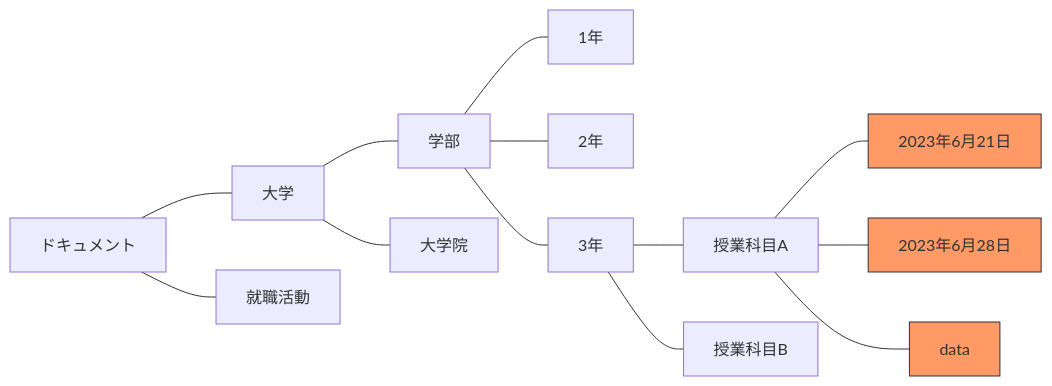
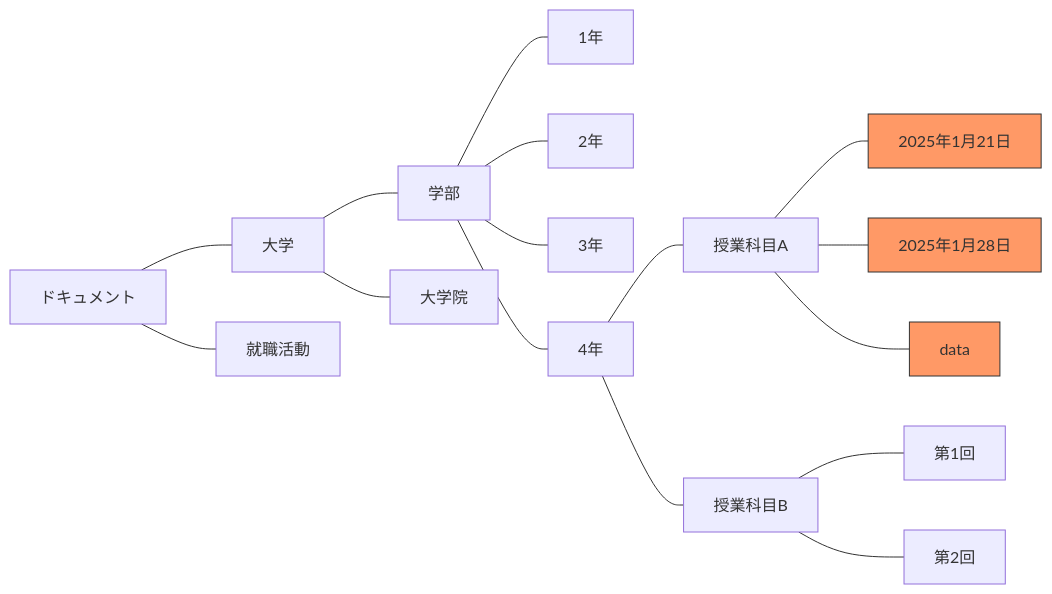
Before and after one commit to takeshinishimura/howtouseR: the fifth of 10 diagrams in Quarto/file_manipulation.qmd, drawn with Mermaid. The commit also changed other lines of this file and 24 other files, not shown here.

````diff
--- a/Quarto/file_manipulation.qmd
+++ b/Quarto/file_manipulation.qmd
@@ -129,18 +129,21 @@
 ```{mermaid}
 flowchart LR
   ドキュメント --- 大学
   ドキュメント --- 就職活動
   大学 --- 学部
   大学 --- 大学院
   学部 --- 1年
   学部 --- 2年
   学部 --- 3年
-  3年 --- 授業科目A
-  3年 --- 授業科目B
-  授業科目A --- lastweek[2023年6月21日]
-  授業科目A --- today[2023年6月28日]
+  学部 --- 4年
+  4年 --- 授業科目A
+  4年 --- 授業科目B
+  授業科目A --- lastweek[2025年1月21日]
+  授業科目A --- today[2025年1月28日]
   授業科目A --- data
+  授業科目B --- lastweek2[第1回]
+  授業科目B --- today2[第2回]
   style lastweek fill:#f96,stroke:#333
   style today fill:#f96,stroke:#333
   style data fill:#f96,stroke:#333
 ```
````
